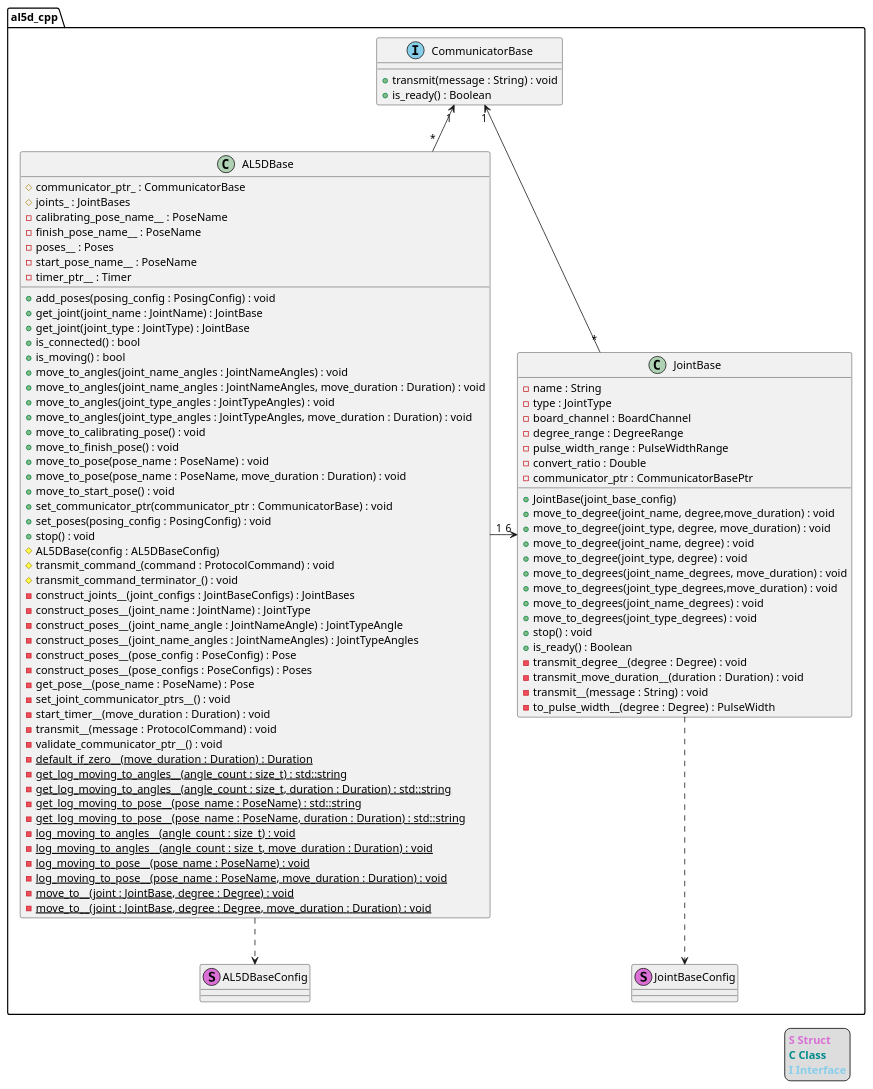
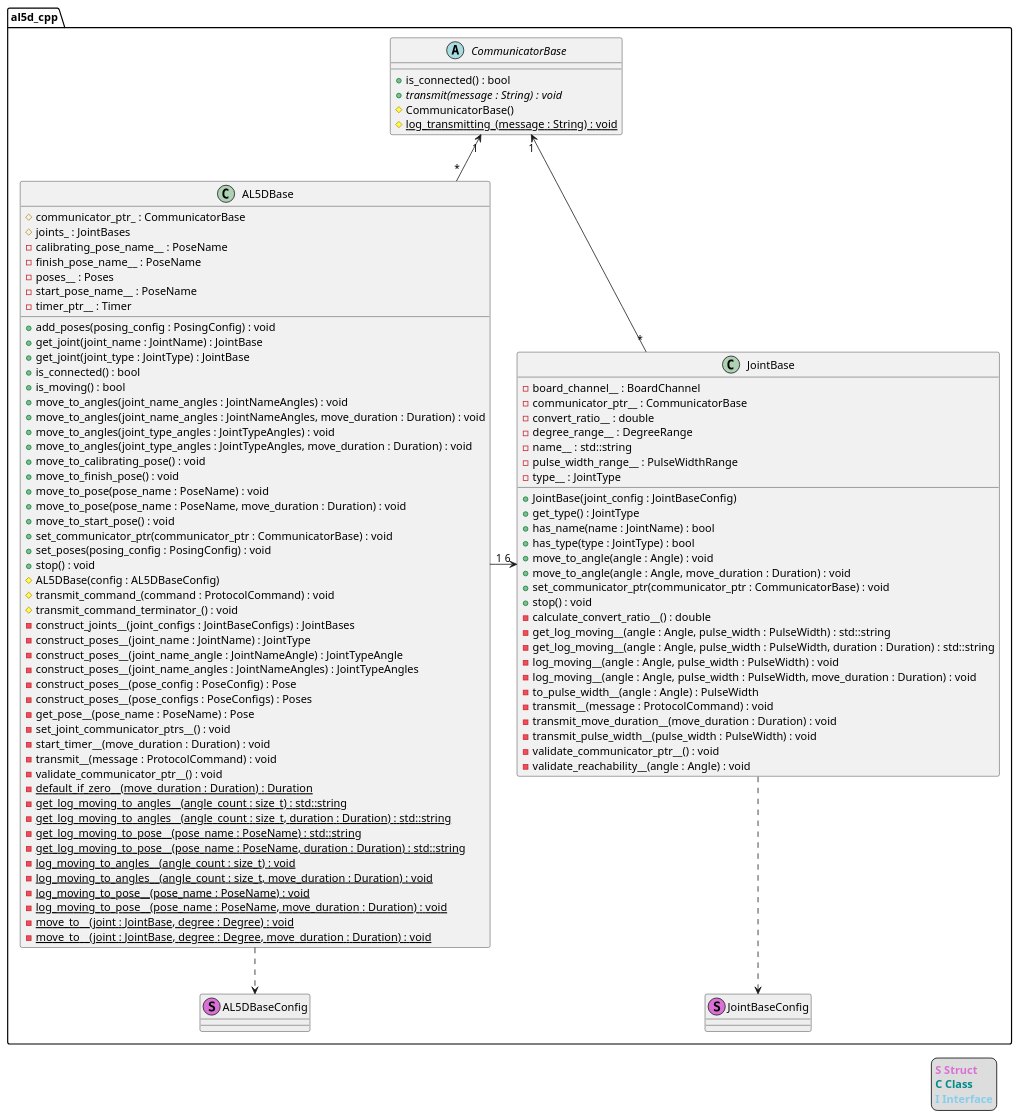
Before and after one commit to bscp/al5d_cpp: the diagram in doc/class_design_base.puml, drawn with PlantUML. The commit also changed 7 other files, not shown here.

Commit message:
Update UML diagrams

```diff
--- a/doc/class_design_base.puml
+++ b/doc/class_design_base.puml
@@ -1,103 +1,110 @@
 @startuml
 
 namespace al5d_cpp {
 
-    class CommunicatorBase <<(I,SkyBlue)>> {
-        + transmit(message : String) : void
-        + is_ready() : Boolean
-    }
+    abstract class CommunicatorBase {
+		+ is_connected() : bool
+		+ {abstract} transmit(message : String) : void
+		# CommunicatorBase()
+		# {static} log_transmitting_(message : String) : void
+	}
 
     class AL5DBase {
 		+ add_poses(posing_config : PosingConfig) : void
 		+ get_joint(joint_name : JointName) : JointBase
 		+ get_joint(joint_type : JointType) : JointBase
 		+ is_connected() : bool
 		+ is_moving() : bool
 		+ move_to_angles(joint_name_angles : JointNameAngles) : void
 		+ move_to_angles(joint_name_angles : JointNameAngles, move_duration : Duration) : void
 		+ move_to_angles(joint_type_angles : JointTypeAngles) : void
 		+ move_to_angles(joint_type_angles : JointTypeAngles, move_duration : Duration) : void
 		+ move_to_calibrating_pose() : void
 		+ move_to_finish_pose() : void
 		+ move_to_pose(pose_name : PoseName) : void
 		+ move_to_pose(pose_name : PoseName, move_duration : Duration) : void
 		+ move_to_start_pose() : void
 		+ set_communicator_ptr(communicator_ptr : CommunicatorBase) : void
 		+ set_poses(posing_config : PosingConfig) : void
 		+ stop() : void
 		# AL5DBase(config : AL5DBaseConfig)
 		# communicator_ptr_ : CommunicatorBase
 		# joints_ : JointBases
 		# transmit_command_(command : ProtocolCommand) : void
 		# transmit_command_terminator_() : void
 		- calibrating_pose_name__ : PoseName
 		- construct_joints__(joint_configs : JointBaseConfigs) : JointBases
 		- construct_poses__(joint_name : JointName) : JointType
 		- construct_poses__(joint_name_angle : JointNameAngle) : JointTypeAngle
 		- construct_poses__(joint_name_angles : JointNameAngles) : JointTypeAngles
 		- construct_poses__(pose_config : PoseConfig) : Pose
 		- construct_poses__(pose_configs : PoseConfigs) : Poses
 		- finish_pose_name__ : PoseName
 		- get_pose__(pose_name : PoseName) : Pose
 		- poses__ : Poses
 		- set_joint_communicator_ptrs__() : void
 		- start_pose_name__ : PoseName
 		- start_timer__(move_duration : Duration) : void
 		- timer_ptr__ : Timer
 		- transmit__(message : ProtocolCommand) : void
 		- validate_communicator_ptr__() : void
 		- {static} default_if_zero__(move_duration : Duration) : Duration
 		- {static} get_log_moving_to_angles__(angle_count : size_t) : std::string
 		- {static} get_log_moving_to_angles__(angle_count : size_t, duration : Duration) : std::string
 		- {static} get_log_moving_to_pose__(pose_name : PoseName) : std::string
 		- {static} get_log_moving_to_pose__(pose_name : PoseName, duration : Duration) : std::string
 		- {static} log_moving_to_angles__(angle_count : size_t) : void
 		- {static} log_moving_to_angles__(angle_count : size_t, move_duration : Duration) : void
 		- {static} log_moving_to_pose__(pose_name : PoseName) : void
 		- {static} log_moving_to_pose__(pose_name : PoseName, move_duration : Duration) : void
 		- {static} move_to__(joint : JointBase, degree : Degree) : void
 		- {static} move_to__(joint : JointBase, degree : Degree, move_duration : Duration) : void
 	}
 
     class JointBase {
-        + JointBase(joint_base_config)
-        + move_to_degree(joint_name, degree,move_duration) : void
-        + move_to_degree(joint_type, degree, move_duration) : void
-        + move_to_degree(joint_name, degree) : void
-        + move_to_degree(joint_type, degree) : void
-        + move_to_degrees(joint_name_degrees, move_duration) : void
-        + move_to_degrees(joint_type_degrees,move_duration) : void
-        + move_to_degrees(joint_name_degrees) : void
-        + move_to_degrees(joint_type_degrees) : void
-        + stop() : void
-        + is_ready() : Boolean
-        - transmit_degree__(degree : Degree) : void
-        - transmit_move_duration__(duration : Duration) : void
-        - transmit__(message : String) : void
-        - to_pulse_width__(degree : Degree) : PulseWidth
-        - name : String
-        - type : JointType
-        - board_channel : BoardChannel
-        - degree_range : DegreeRange
-        - pulse_width_range : PulseWidthRange
-        - convert_ratio : Double
-        - communicator_ptr : CommunicatorBasePtr
-    }
+		+ JointBase(joint_config : JointBaseConfig)
+		+ get_type() : JointType
+		+ has_name(name : JointName) : bool
+		+ has_type(type : JointType) : bool
+		+ move_to_angle(angle : Angle) : void
+		+ move_to_angle(angle : Angle, move_duration : Duration) : void
+		+ set_communicator_ptr(communicator_ptr : CommunicatorBase) : void
+		+ stop() : void
+
+		- board_channel__ : BoardChannel
+		- calculate_convert_ratio__() : double
+		- communicator_ptr__ : CommunicatorBase
+		- convert_ratio__ : double
+		- degree_range__ : DegreeRange
+		- get_log_moving__(angle : Angle, pulse_width : PulseWidth) : std::string
+		- get_log_moving__(angle : Angle, pulse_width : PulseWidth, duration : Duration) : std::string
+		- log_moving__(angle : Angle, pulse_width : PulseWidth) : void
+		- log_moving__(angle : Angle, pulse_width : PulseWidth, move_duration : Duration) : void
+		- name__ : std::string
+		- pulse_width_range__ : PulseWidthRange
+		- to_pulse_width__(angle : Angle) : PulseWidth
+		- transmit__(message : ProtocolCommand) : void
+		- transmit_move_duration__(move_duration : Duration) : void
+		- transmit_pulse_width__(pulse_width : PulseWidth) : void
+		- type__ : JointType
+		- validate_communicator_ptr__() : void
+		- validate_reachability__(angle : Angle) : void
+	}
 
     class JointBaseConfig <<(S,Orchid)>> #eee
     class AL5DBaseConfig <<(S,Orchid)>> #eee
 
     CommunicatorBase "1" <- "*" JointBase
     CommunicatorBase "1" <-- "*" AL5DBase
     AL5DBase "1" -> "6" JointBase
     AL5DBase ..> AL5DBaseConfig
     JointBase ..> JointBaseConfig
 }
 
 legend right
   <b><color:Orchid>S Struct</color></b>
   <b><color:DarkCyan>C Class</color></b>
   <b><color:SkyBlue>I Interface</color></b>
 endlegend
 
 @enduml
```
